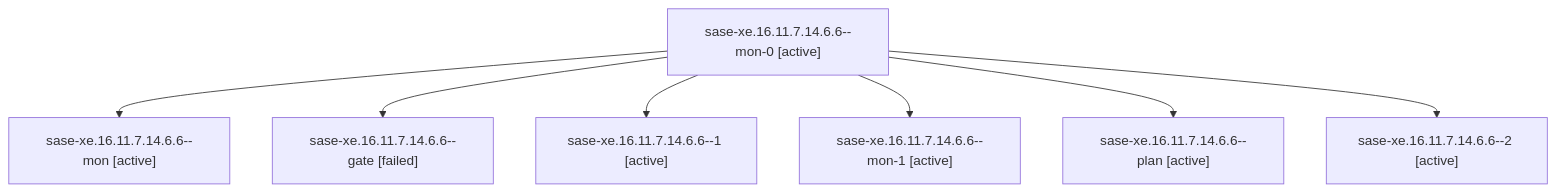
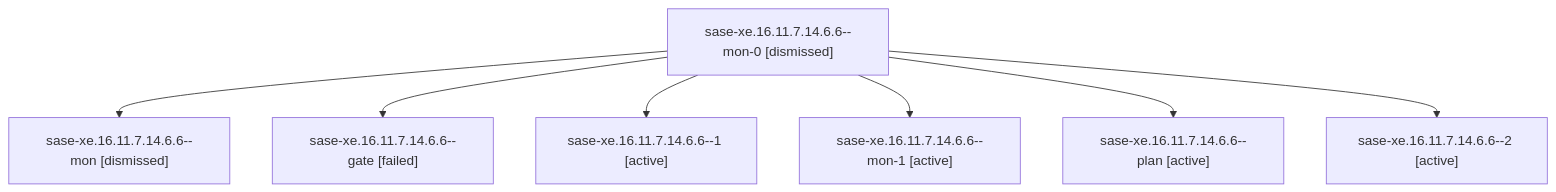
One commit to sase-org/sase--agents changed the diagram in sessions/bbugyi200.athena.sase-xe.16.11.7.14.6.6.md. Above: the diagram before and after it, drawn with Mermaid. The commit also changed other lines of this file and 277 other files, not shown here.

````diff
--- a/sessions/bbugyi200.athena.sase-xe.16.11.7.14.6.6.md
+++ b/sessions/bbugyi200.athena.sase-xe.16.11.7.14.6.6.md
@@ -9,16 +9,16 @@
 ```mermaid
 flowchart TD
-  n0["sase-xe.16.11.7.14.6.6--mon-0 [active]"]
-  n1["sase-xe.16.11.7.14.6.6--mon [active]"]
+  n0["sase-xe.16.11.7.14.6.6--mon-0 [dismissed]"]
+  n1["sase-xe.16.11.7.14.6.6--mon [dismissed]"]
   n0 --> n1
   n2["sase-xe.16.11.7.14.6.6--gate [failed]"]
   n0 --> n2
   n3["sase-xe.16.11.7.14.6.6--1 [active]"]
   n0 --> n3
   n4["sase-xe.16.11.7.14.6.6--mon-1 [active]"]
   n0 --> n4
   n5["sase-xe.16.11.7.14.6.6--plan [active]"]
   n0 --> n5
   n6["sase-xe.16.11.7.14.6.6--2 [active]"]
   n0 --> n6
 ```
````
